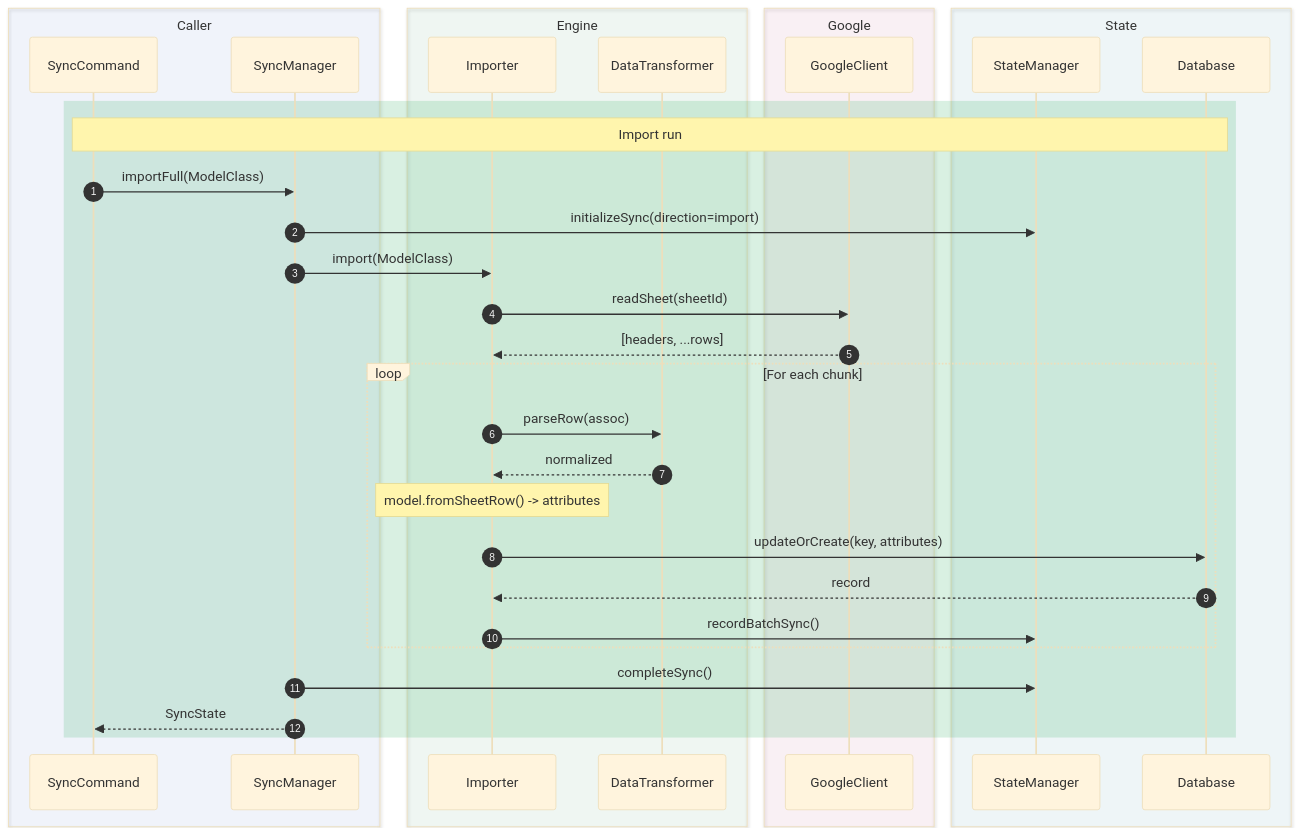
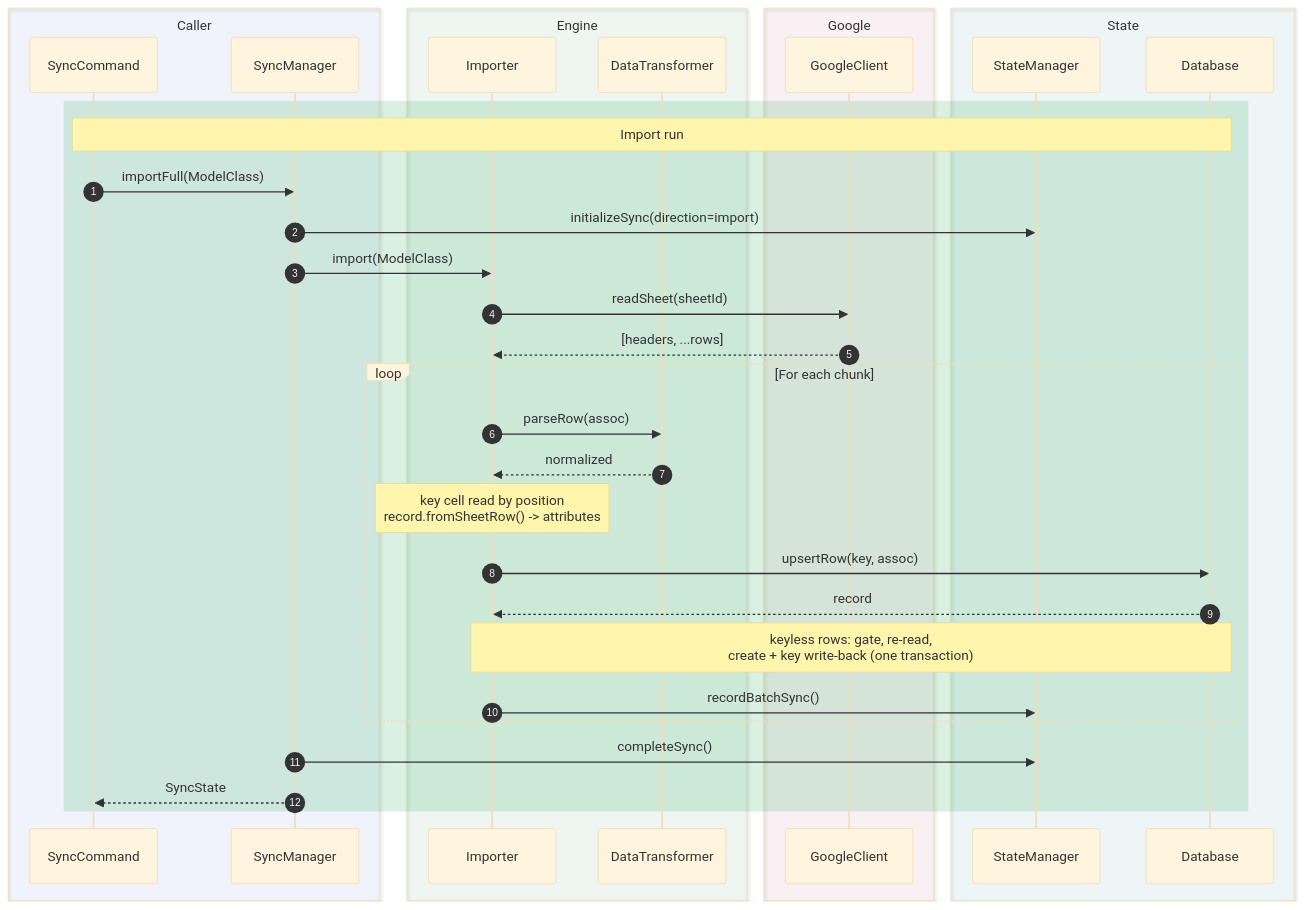
Before and after one commit to ultra-bugs/syncro-sheet: the third of 4 diagrams in docs/COMPONENTS_OVERVIEW.md, drawn with Mermaid (base theme). The commit also changed other lines of this file and 11 other files, not shown here.

````diff
--- a/docs/COMPONENTS_OVERVIEW.md
+++ b/docs/COMPONENTS_OVERVIEW.md
@@ -405,38 +425,39 @@
 ```mermaid
 sequenceDiagram
     autonumber
     box rgba(37,99,235,0.05) Caller
         participant Command as SyncCommand
         participant Manager as SyncManager
     end
     box rgba(22,163,74,0.05) Engine
         participant Processor as Importer
         participant Transformer as DataTransformer
     end
     box rgba(219,39,119,0.05) Google
         participant Client as GoogleClient
     end
     box rgba(8,145,178,0.05) State
         participant State as StateManager
         participant DB as Database
     end
 
     rect rgba(22,163,74,0.16)
         Note over Command,DB: Import run
         Command->>Manager: importFull(ModelClass)
         Manager->>State: initializeSync(direction=import)
         Manager->>Processor: import(ModelClass)
         Processor->>Client: readSheet(sheetId)
         Client-->>Processor: [headers, ...rows]
         loop For each chunk
             Processor->>Transformer: parseRow(assoc)
             Transformer-->>Processor: normalized
-            Note over Processor: model.fromSheetRow() -> attributes
-            Processor->>DB: updateOrCreate(key, attributes)
+            Note over Processor: key cell read by position<br/>record.fromSheetRow() -> attributes
+            Processor->>DB: upsertRow(key, assoc)
             DB-->>Processor: record
+            Note over Processor,DB: keyless rows: gate, re-read,<br/>create + key write-back (one transaction)
             Processor->>State: recordBatchSync()
         end
         Manager->>State: completeSync()
         Manager-->>Command: SyncState
     end
 ```
````
